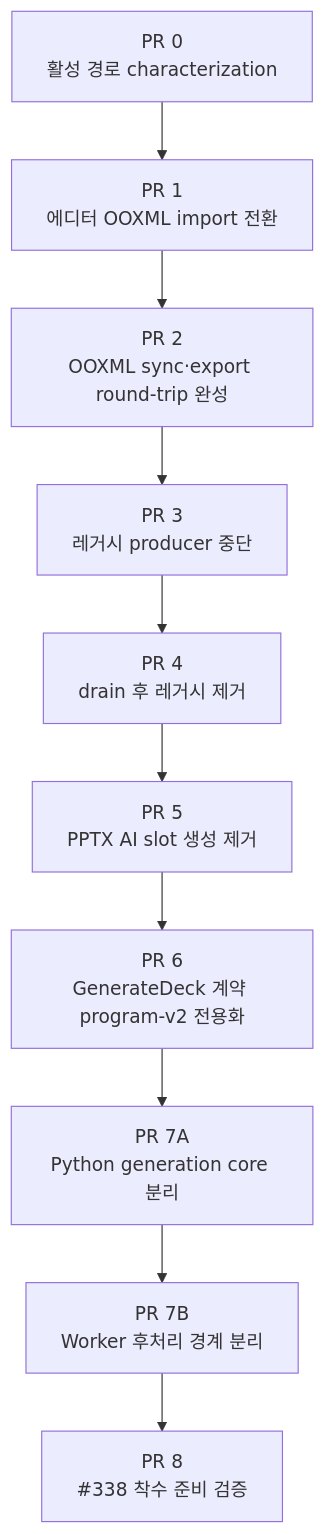
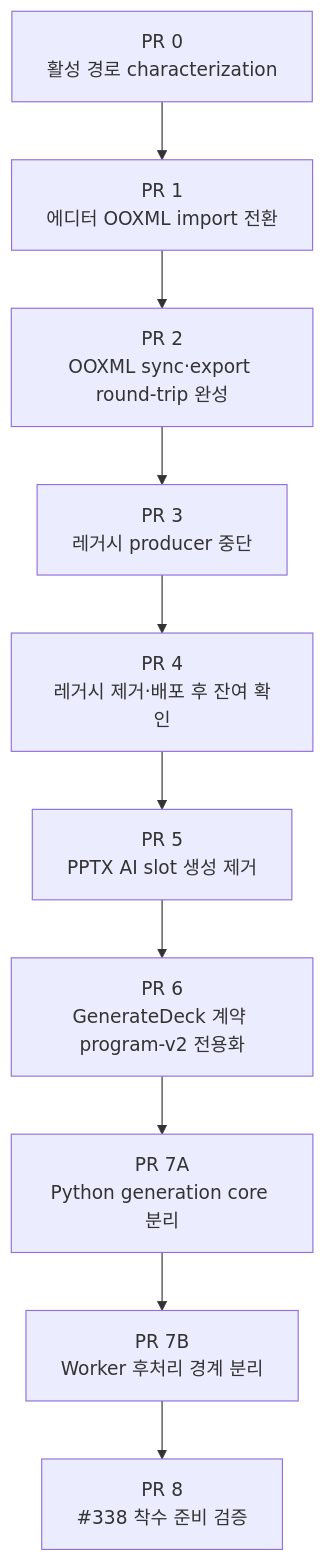
One commit to na-man-mu-303-team2/Orbit changed the sixth of 8 diagrams in docs/plans/generate-deck-separation-before-issue-338.md. Above: the diagram before and after it, drawn with Mermaid. The commit also changed other lines of this file and 3 other files, not shown here.

````diff
--- a/docs/plans/generate-deck-separation-before-issue-338.md
+++ b/docs/plans/generate-deck-separation-before-issue-338.md
@@ -348,12 +348,12 @@
 ```mermaid
 flowchart TD
     P0["PR 0\n활성 경로 characterization"] --> P1["PR 1\n에디터 OOXML import 전환"]
     P1 --> P2["PR 2\nOOXML sync·export round-trip 완성"]
     P2 --> P3["PR 3\n레거시 producer 중단"]
-    P3 --> P4["PR 4\ndrain 후 레거시 제거"]
+    P3 --> P4["PR 4\n레거시 제거·배포 후 잔여 확인"]
     P4 --> P5["PR 5\nPPTX AI slot 생성 제거"]
     P5 --> P6["PR 6\nGenerateDeck 계약 program-v2 전용화"]
     P6 --> P7A["PR 7A\nPython generation core 분리"]
     P7A --> P7B["PR 7B\nWorker 후처리 경계 분리"]
     P7B --> P8["PR 8\n#338 착수 준비 검증"]
 ```
````
